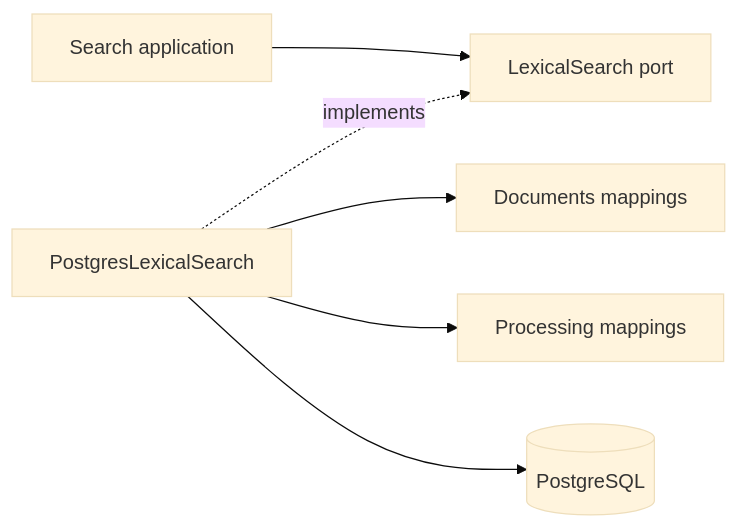
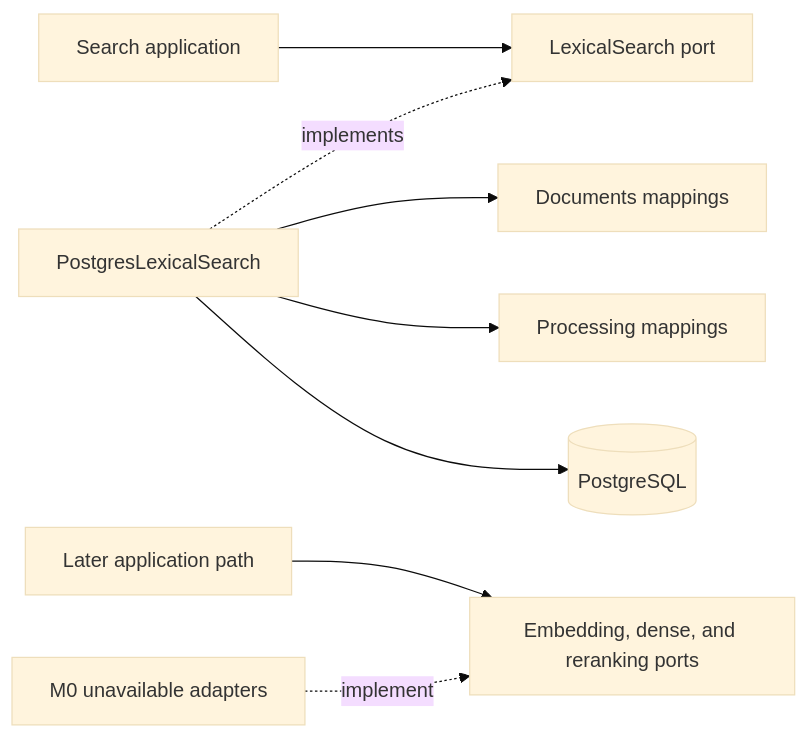
One commit to rnkraus/investment-research changed the diagram in backend/src/investment_research/infrastructure/search/README.md. Above: the diagram before and after it, drawn with Mermaid (base theme). The commit also changed other lines of this file and 14 other files, not shown here.

First line of the commit message:
feat(backend): define future provider seams

````diff
--- a/backend/src/investment_research/infrastructure/search/README.md
+++ b/backend/src/investment_research/infrastructure/search/README.md
@@ -15,8 +16,11 @@
 ```mermaid
 flowchart LR
     APP[Search application] --> PORT[LexicalSearch port]
     PG[PostgresLexicalSearch] -. implements .-> PORT
     PG --> DOCS[Documents mappings]
     PG --> PROCESSING[Processing mappings]
     PG --> DB[(PostgreSQL)]
+
+    FUTURE[Later application path] --> PROVIDER_PORTS[Embedding, dense, and reranking ports]
+    UNAVAILABLE[M0 unavailable adapters] -. implement .-> PROVIDER_PORTS
 ```
````
